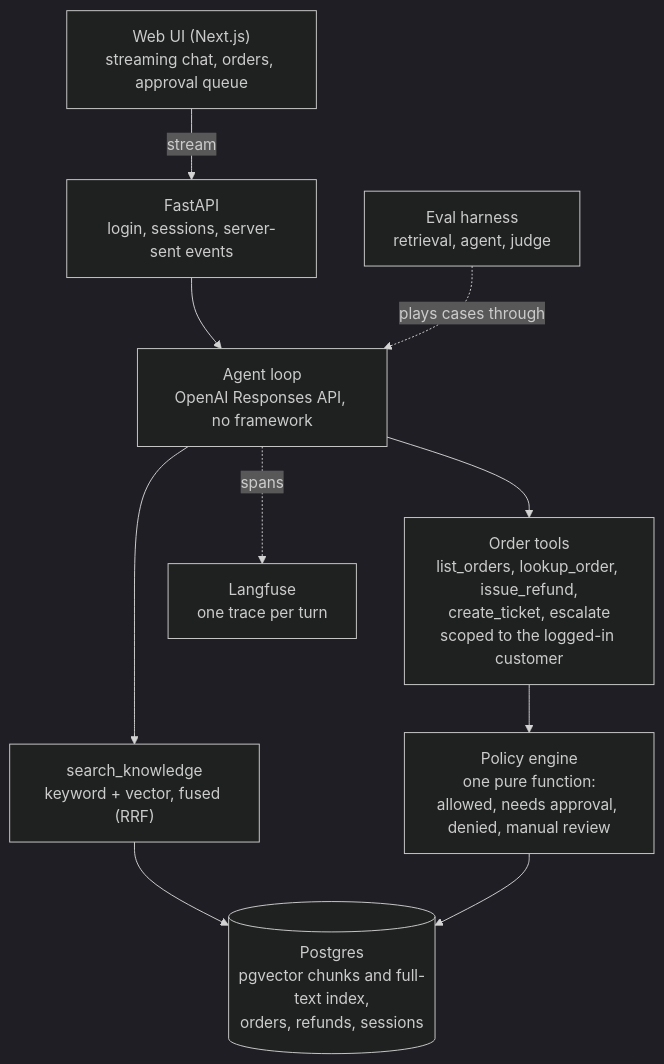
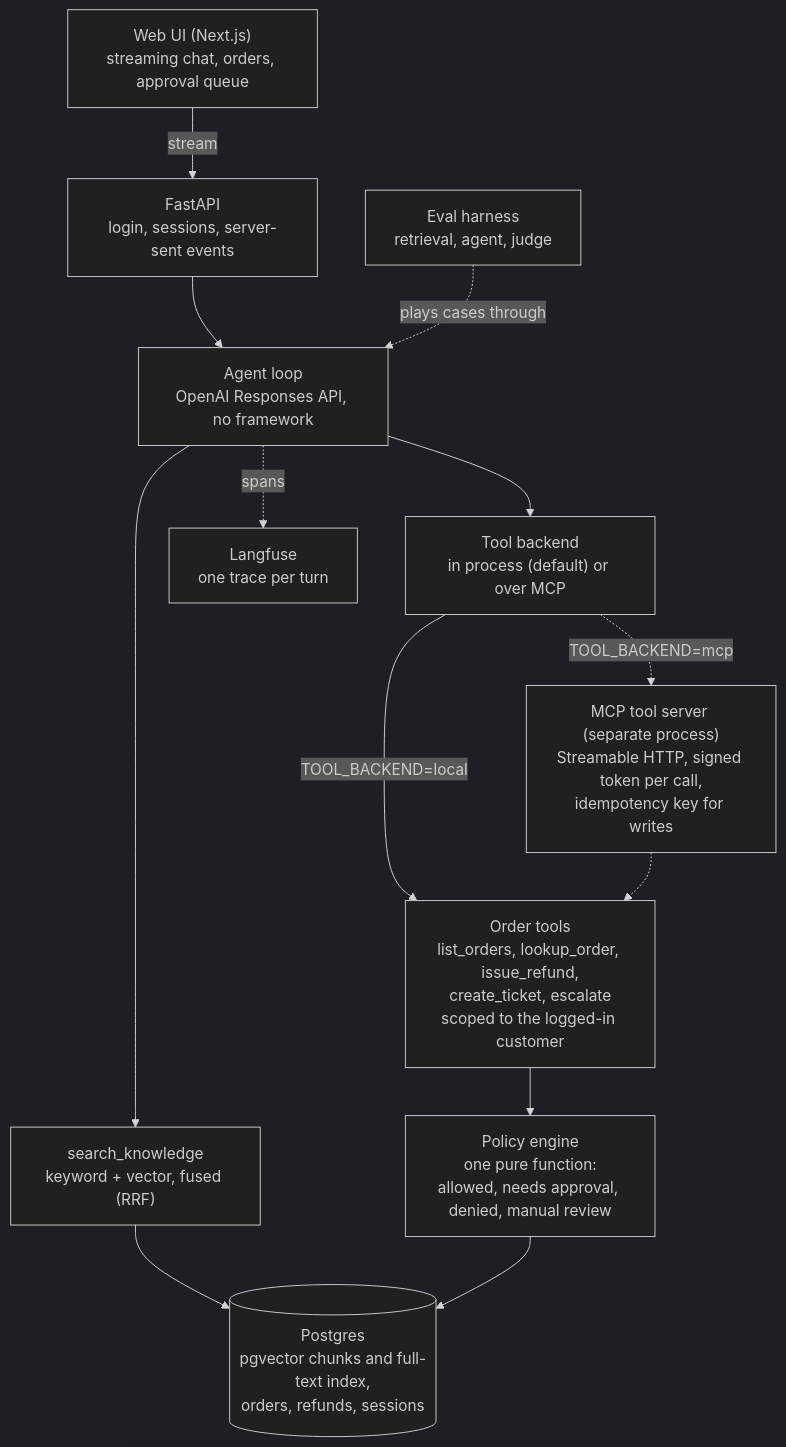
One commit to chuongtran01/support-agent changed the diagram in README.md. Above: the diagram before and after it, drawn with Mermaid (dark theme). The commit also changed other lines of this file, not shown here.

Commit message:
docs: put the MCP tool server in the README's architecture and setup

````diff
--- a/README.md
+++ b/README.md
@@ -72,18 +72,23 @@
 ```mermaid
 flowchart TD
     UI["Web UI (Next.js)<br/>streaming chat, orders, approval queue"]
     API["FastAPI<br/>login, sessions, server-sent events"]
     AGENT["Agent loop<br/>OpenAI Responses API, no framework"]
     RET["search_knowledge<br/>keyword + vector, fused (RRF)"]
+    BACKEND["Tool backend<br/>in process (default) or over MCP"]
+    MCP["MCP tool server (separate process)<br/>Streamable HTTP, signed token per call,<br/>idempotency key for writes"]
     TOOLS["Order tools<br/>list_orders, lookup_order, issue_refund,<br/>create_ticket, escalate<br/>scoped to the logged-in customer"]
     POLICY["Policy engine<br/>one pure function:<br/>allowed, needs approval, denied, manual review"]
     PG[("Postgres<br/>pgvector chunks and full-text index,<br/>orders, refunds, sessions")]
     LF["Langfuse<br/>one trace per turn"]
     EV["Eval harness<br/>retrieval, agent, judge"]
 
     UI -->|stream| API --> AGENT
     AGENT --> RET --> PG
-    AGENT --> TOOLS --> POLICY --> PG
+    AGENT --> BACKEND
+    BACKEND -->|TOOL_BACKEND=local| TOOLS
+    BACKEND -.->|TOOL_BACKEND=mcp| MCP -.-> TOOLS
+    TOOLS --> POLICY --> PG
     AGENT -.->|spans| LF
     EV -.->|plays cases through| AGENT
 ```
````
